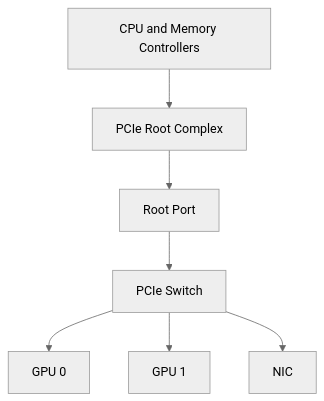
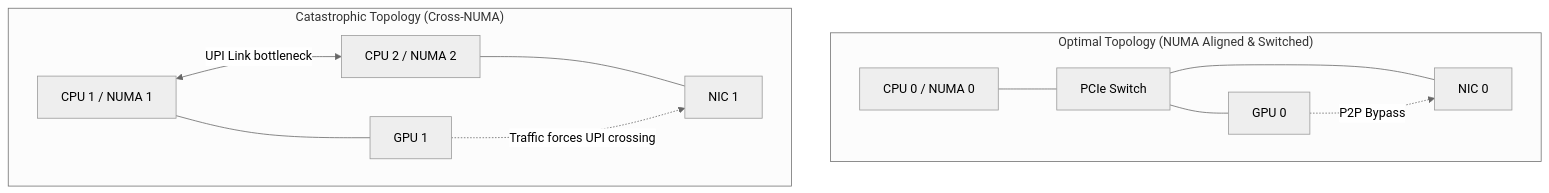
The diagram in docs/nvidia-zero-to-hero/volume-07/chapter-02-pcie-numa-and-host-data-paths.md (jithinpnjm/nvidia-devops), drawn with Mermaid (neutral theme) before and after one commit. The commit also changed other lines of this file and 16 other files, not shown here.

Commit message:
feat(docs): drastically upgrade Volume 7 Chapters 8-12 to Senior Architect level while preserving exact file structure

````diff
--- a/docs/nvidia-zero-to-hero/volume-07/chapter-02-pcie-numa-and-host-data-paths.md
+++ b/docs/nvidia-zero-to-hero/volume-07/chapter-02-pcie-numa-and-host-data-paths.md
@@ -119,15 +75,16 @@
 ```mermaid
 flowchart TD
-    CPU[CPU and Memory Controllers]
-    RC[PCIe Root Complex]
-    RP[Root Port]
-    SW[PCIe Switch]
-    GPU0[GPU 0]
-    GPU1[GPU 1]
-    NIC[NIC]
-
-    CPU --> RC --> RP --> SW
-    SW --> GPU0
-    SW --> GPU1
-    SW --> NIC
+    subgraph "Optimal Topology (NUMA Aligned & Switched)"
+        CPU0[CPU 0 / NUMA 0] --- SW[PCIe Switch]
+        SW --- GPU0[GPU 0]
+        SW --- NIC0[NIC 0]
+        GPU0 -.->|P2P Bypass| NIC0
+    end
+    
+    subgraph "Catastrophic Topology (Cross-NUMA)"
+        CPU1[CPU 1 / NUMA 1] <-->|UPI Link bottleneck| CPU2[CPU 2 / NUMA 2]
+        CPU1 --- GPU1[GPU 1]
+        CPU2 --- NIC1[NIC 1]
+        GPU1 -.->|Traffic forces UPI crossing| NIC1
+    end
 ```
````
